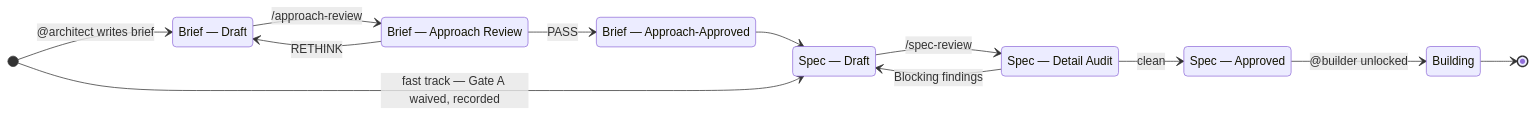
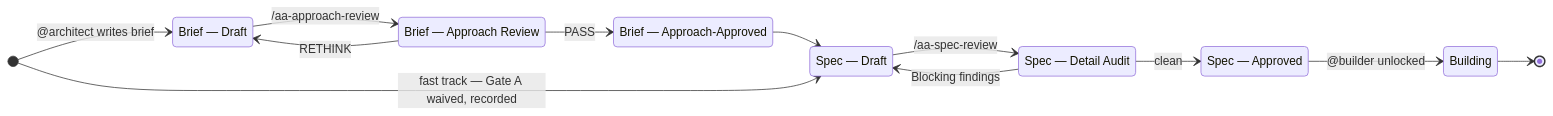
The third of 4 diagrams in docs/WORKFLOW.md (AmirAnckonina/aa-agentic-workflow), drawn with Mermaid before and after one commit. The commit also changed other lines of this file and 20 other files, not shown here.

````diff
--- a/docs/WORKFLOW.md
+++ b/docs/WORKFLOW.md
@@ -111,23 +111,23 @@
 ```mermaid
 stateDiagram-v2
     direction LR
     [*] --> BriefDraft: @architect writes brief
     BriefDraft: Brief — Draft
-    BriefDraft --> ApproachReview: /approach-review
+    BriefDraft --> ApproachReview: /aa-approach-review
     ApproachReview: Brief — Approach Review
     ApproachReview --> BriefDraft: RETHINK
     ApproachReview --> BriefApproved: PASS
     BriefApproved: Brief — Approach-Approved
 
     BriefApproved --> SpecDraft
     [*] --> SpecDraft: fast track — Gate A waived, recorded
     SpecDraft: Spec — Draft
-    SpecDraft --> DetailAudit: /spec-review
+    SpecDraft --> DetailAudit: /aa-spec-review
     DetailAudit: Spec — Detail Audit
     DetailAudit --> SpecDraft: Blocking findings
     DetailAudit --> SpecApproved: clean
     SpecApproved: Spec — Approved
 
     SpecApproved --> Building: @builder unlocked
     Building --> [*]
 ```
````
